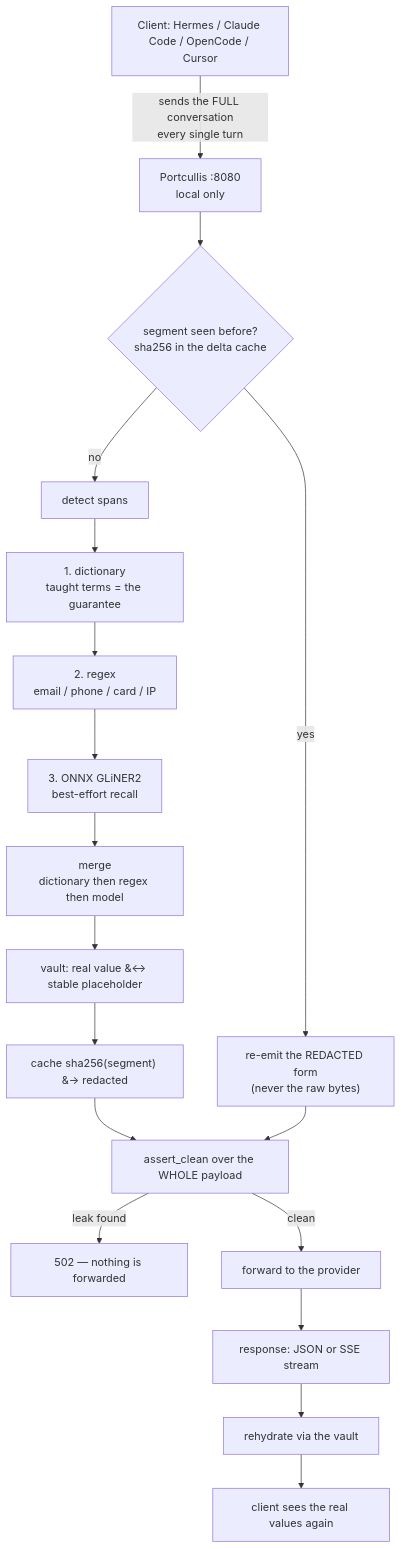
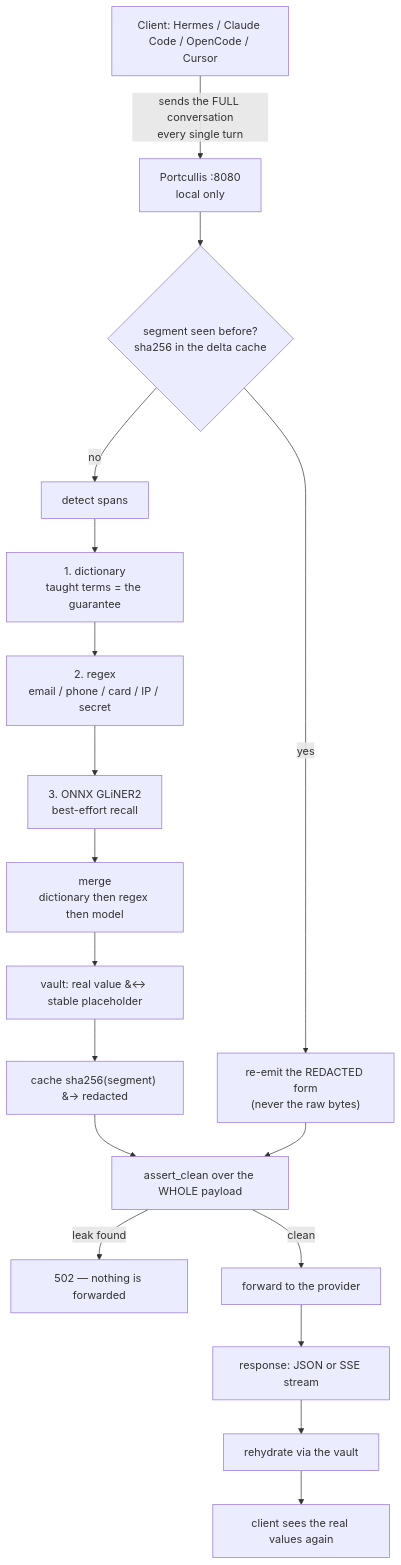
The first of 5 diagrams in docs/ARCHITECTURE.md (cloudsbird/Portcullis), drawn with Mermaid before and after one commit. The commit also changed other lines of this file and 4 other files, not shown here.

````diff
--- a/docs/ARCHITECTURE.md
+++ b/docs/ARCHITECTURE.md
@@ -12,20 +12,20 @@
 ```mermaid
 flowchart TD
     A["Client: Hermes / Claude Code / OpenCode / Cursor"] -->|"sends the FULL conversation<br/>every single turn"| B["Portcullis :8080<br/>local only"]
     B --> C{"segment seen before?<br/>sha256 in the delta cache"}
     C -- yes --> D["re-emit the REDACTED form<br/>(never the raw bytes)"]
     C -- no --> E["detect spans"]
     E --> E1["1. dictionary<br/>taught terms = the guarantee"]
-    E1 --> E2["2. regex<br/>email / phone / card / IP"]
+    E1 --> E2["2. regex<br/>email / phone / card / IP / secret"]
     E2 --> E3["3. ONNX GLiNER2<br/>best-effort recall"]
     E3 --> F["merge<br/>dictionary then regex then model"]
     F --> G["vault: real value &#8596; stable placeholder"]
     G --> H["cache sha256(segment) &#8594; redacted"]
     H --> I["assert_clean over the WHOLE payload"]
     D --> I
     I -- leak found --> J["502 — nothing is forwarded"]
     I -- clean --> K["forward to the provider"]
     K --> L["response: JSON or SSE stream"]
     L --> M["rehydrate via the vault"]
     M --> N["client sees the real values again"]
 ```
````
